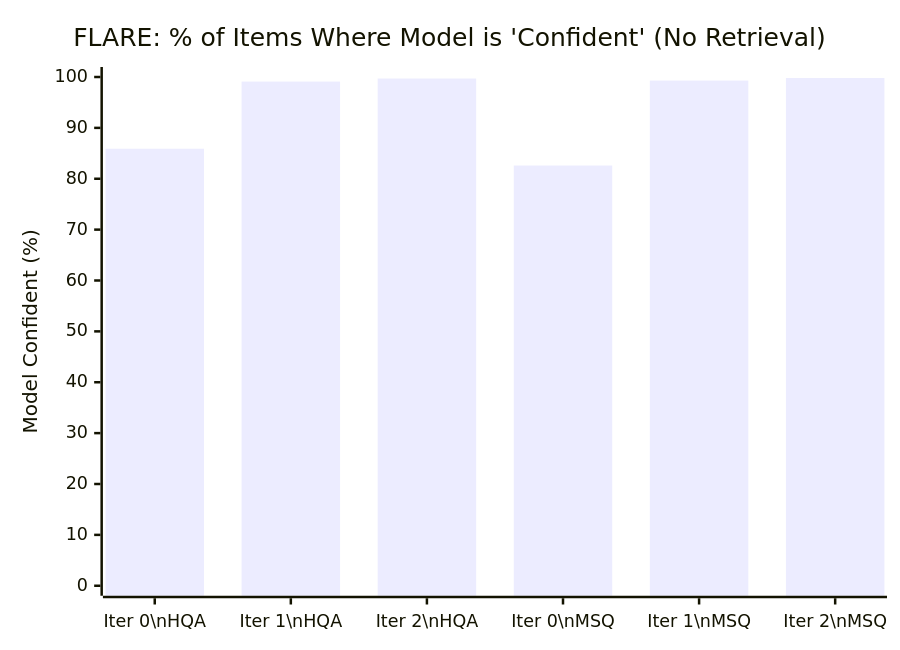
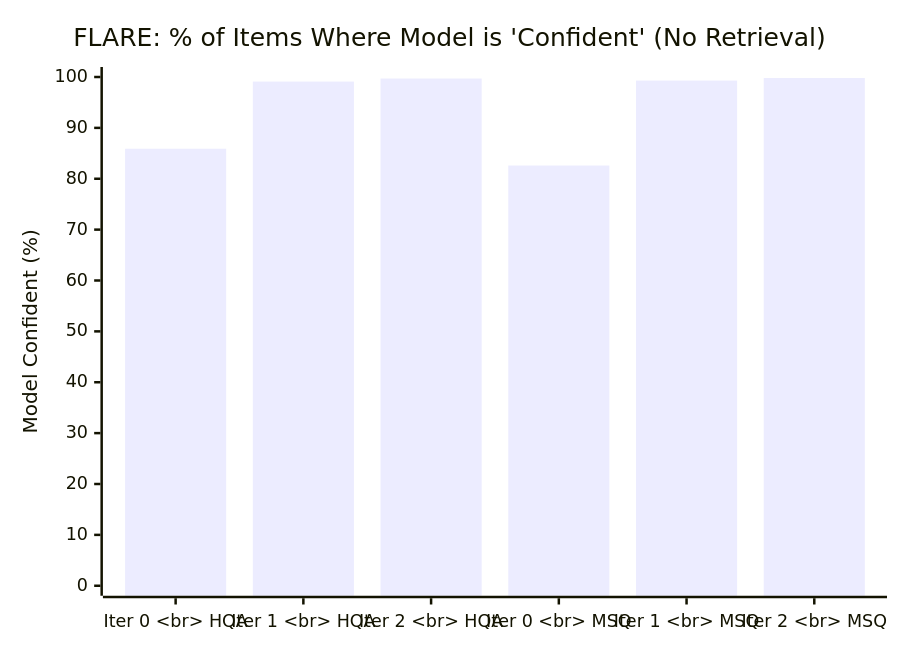
The seventh of 32 diagrams in plans/feb5-key-findings.md (pradyutnair/msc-thesis), drawn with Mermaid before and after one commit. The commit also changed other lines of this file, not shown here.

Commit message:
Update Day 1-5 flowcharts in feb5-key-findings.md to improve readability by replacing newline characters with HTML line breaks. This change enhances the visual presentation of the flowcharts and maintains consistency across the document.

````diff
--- a/plans/feb5-key-findings.md
+++ b/plans/feb5-key-findings.md
@@ -130,7 +130,7 @@
 ```mermaid
 xychart-beta
     title "FLARE: % of Items Where Model is 'Confident' (No Retrieval)"
-    x-axis ["Iter 0\nHQA", "Iter 1\nHQA", "Iter 2\nHQA", "Iter 0\nMSQ", "Iter 1\nMSQ", "Iter 2\nMSQ"]
+    x-axis ["Iter 0 <br> HQA", "Iter 1 <br> HQA", "Iter 2 <br> HQA", "Iter 0 <br> MSQ", "Iter 1 <br> MSQ", "Iter 2 <br> MSQ"]
     y-axis "Model Confident (%)" 0 --> 100
     bar [85.9, 99.1, 99.7, 82.6, 99.3, 99.8]
 ```
````
